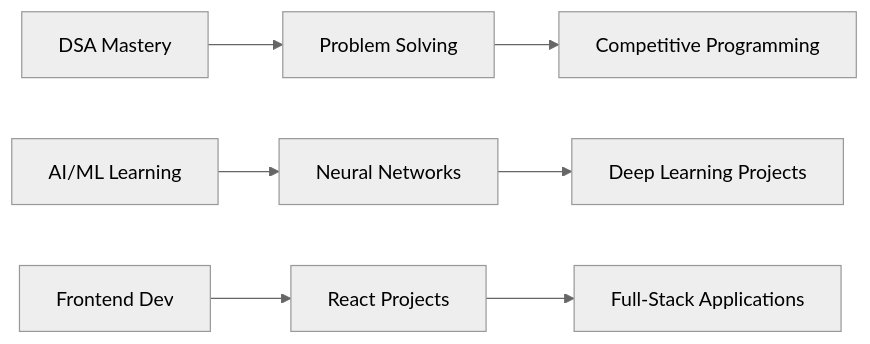
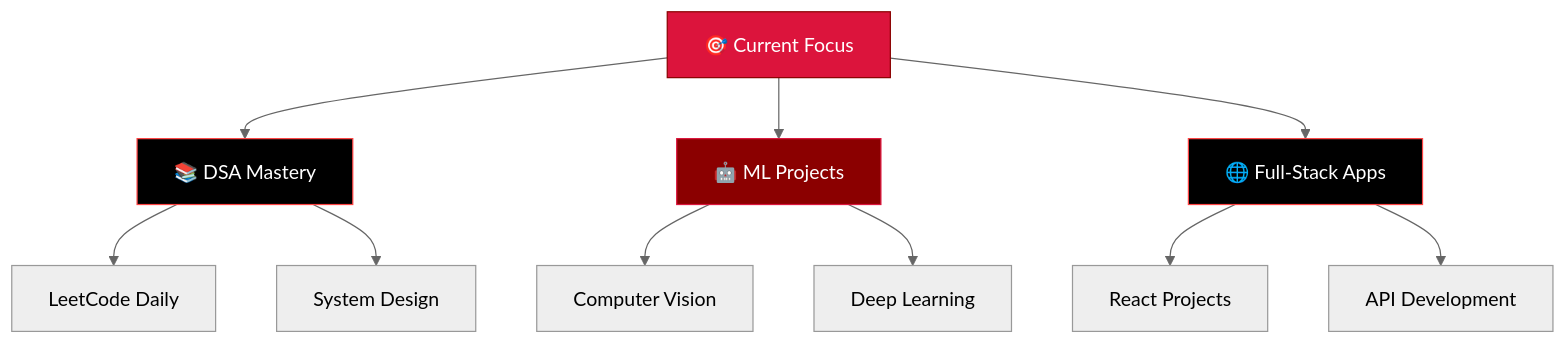
One commit to CODED-DIGNITY/CODED-DIGNITY changed the diagram in README.md. Above: the diagram before and after it, drawn with Mermaid (neutral theme). The commit also changed other lines of this file, not shown here.

````diff
--- a/README.md
+++ b/README.md
@@ -93,9 +104,20 @@
 ```mermaid
-graph LR
-    A[DSA Mastery] --> B[Problem Solving]
-    B --> C[Competitive Programming]
-    D[AI/ML Learning] --> E[Neural Networks]
-    E --> F[Deep Learning Projects]
-    G[Frontend Dev] --> H[React Projects]
-    H --> I[Full-Stack Applications]
+graph TB
+    A[🎯 Current Focus] --> B[📚 DSA Mastery]
+    A --> C[🤖 ML Projects]
+    A --> D[🌐 Full-Stack Apps]
+    
+    B --> E[LeetCode Daily]
+    B --> F[System Design]
+    
+    C --> G[Computer Vision]
+    C --> H[Deep Learning]
+    
+    D --> I[React Projects]
+    D --> J[API Development]
+    
+    style A fill:#DC143C,stroke:#8B0000,color:#fff
+    style B fill:#000000,stroke:#FF4444,color:#fff
+    style C fill:#8B0000,stroke:#DC143C,color:#fff
+    style D fill:#000000,stroke:#FF4444,color:#fff
 ```
````
